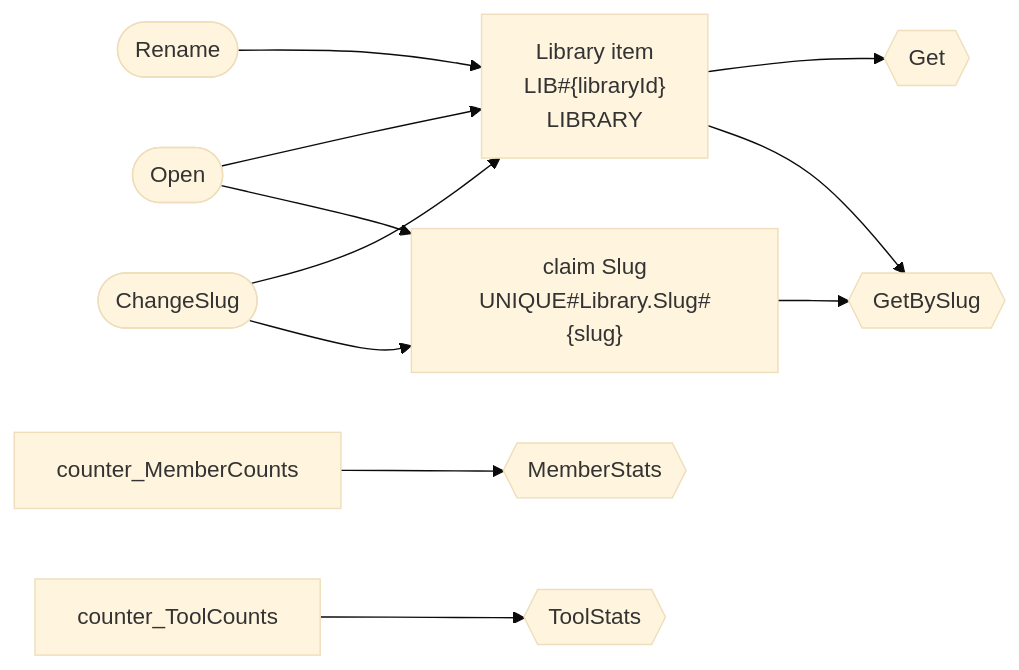
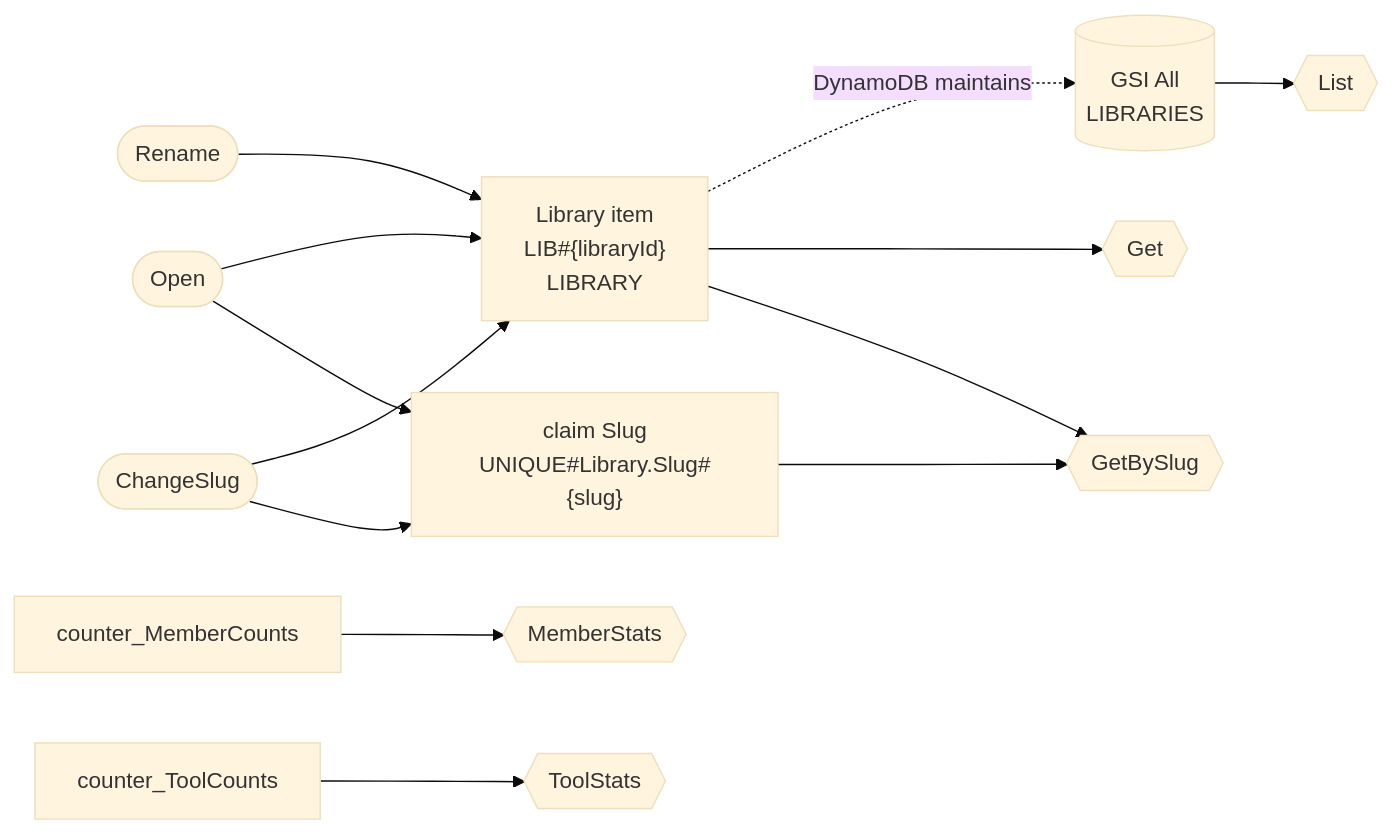
The seventh of 11 diagrams in examples/toollibrary/toollibrary.model.md (nicklanng/dynago), drawn with Mermaid (base theme) before and after one commit. The commit also changed other lines of this file and 41 other files, not shown here.

````diff
--- a/examples/toollibrary/toollibrary.model.md
+++ b/examples/toollibrary/toollibrary.model.md
@@ -369,19 +384,23 @@
 ```mermaid
 flowchart LR
   item_Library["Library item<br/>LIB#35;{libraryId}<br/>LIBRARY"]
+  ix_All[("GSI All<br/>LIBRARIES")]
+  item_Library -. DynamoDB maintains .-> ix_All
   claim_Slug["claim Slug<br/>UNIQUE#35;Library.Slug#35;{slug}"]
   w_Open(["Open"])
   w_Open --> item_Library & claim_Slug
   w_Rename(["Rename"])
   w_Rename --> item_Library
   w_ChangeSlug(["ChangeSlug"])
   w_ChangeSlug --> item_Library & claim_Slug
   r_Get{{"Get"}}
   item_Library --> r_Get
   r_GetBySlug{{"GetBySlug"}}
   claim_Slug & item_Library --> r_GetBySlug
   r_MemberStats{{"MemberStats"}}
   counter_MemberCounts --> r_MemberStats
   r_ToolStats{{"ToolStats"}}
   counter_ToolCounts --> r_ToolStats
+  r_List{{"List"}}
+  ix_All --> r_List
 ```
````
